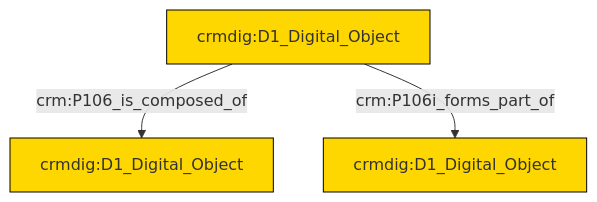
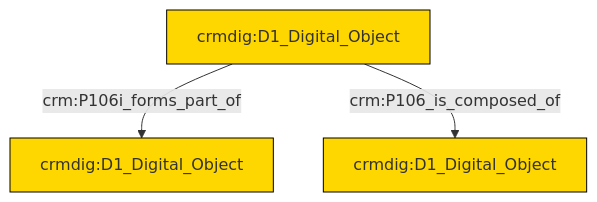
The diagram in et/doCSV/ttl/mmd/do_parthood.ttl.mmd (swiss-art-research-net/reference-data-models), drawn with Mermaid before and after one commit. The commit also changed 131 other files, not shown here.

```diff
--- a/et/doCSV/ttl/mmd/do_parthood.ttl.mmd
+++ b/et/doCSV/ttl/mmd/do_parthood.ttl.mmd
@@ -1,17 +1,17 @@
 graph TD
 classDef Literal fill:#f2f2f2,stroke:#000000;
 classDef CRM_Entity fill:#FFFFFF,stroke:#000000;
 classDef Temporal_Entity fill:#00C9E6, stroke:#000000;
 classDef Type fill:#E18312, stroke:#000000;
 classDef Time-Span fill:#2C9C91, stroke:#000000;
 classDef Appellation fill:#FFEB7F, stroke:#000000;
 classDef Place fill:#008836, stroke:#000000;
 classDef Persistent_Item fill:#B266B2, stroke:#000000;
 classDef Conceptual_Object fill:#FFD700, stroke:#000000;
 classDef Physical_Thing fill:#D2B48C, stroke:#000000;
 classDef Actor fill:#f58aad, stroke:#000000;
 classDef PC_Classes fill:#4ce600, stroke:#000000;
 classDef Multi fill:#cccccc,stroke:#000000;
 
-4["crmdig:D1_Digital_Object"]:::Conceptual_Object -->|crm:P106_is_composed_of| 2["crmdig:D1_Digital_Object"]:::Conceptual_Object
-4["crmdig:D1_Digital_Object"]:::Conceptual_Object -->|crm:P106i_forms_part_of| 0["crmdig:D1_Digital_Object"]:::Conceptual_Object
+0["crmdig:D1_Digital_Object"]:::Conceptual_Object -->|crm:P106i_forms_part_of| 1["crmdig:D1_Digital_Object"]:::Conceptual_Object
+0["crmdig:D1_Digital_Object"]:::Conceptual_Object -->|crm:P106_is_composed_of| 2["crmdig:D1_Digital_Object"]:::Conceptual_Object
```
